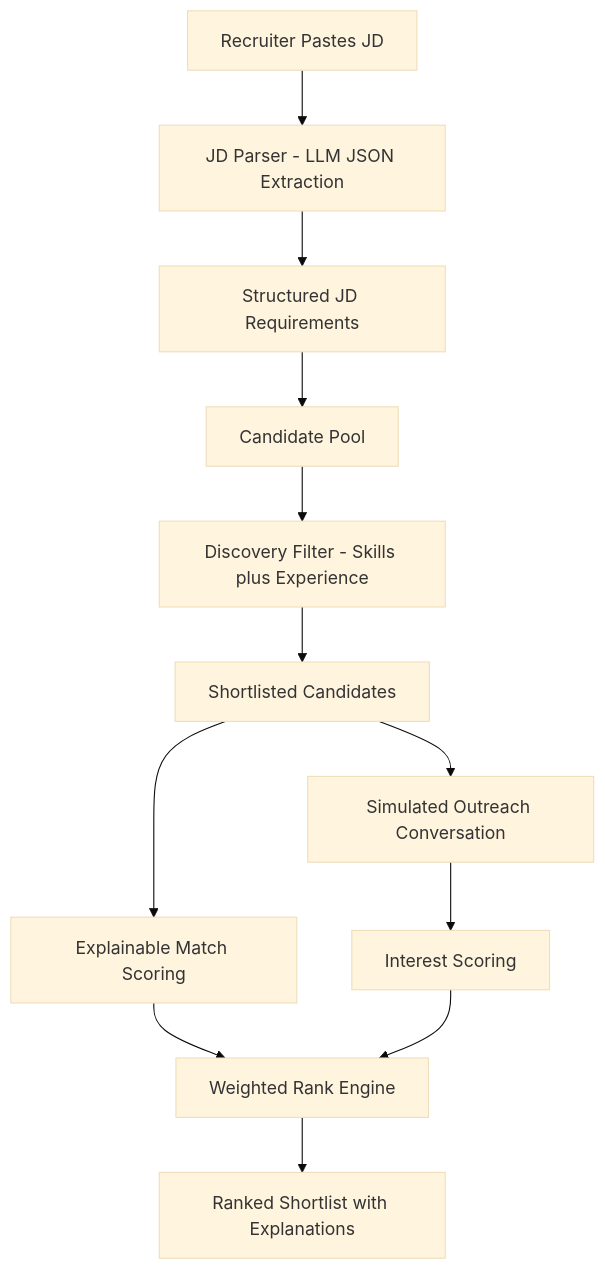
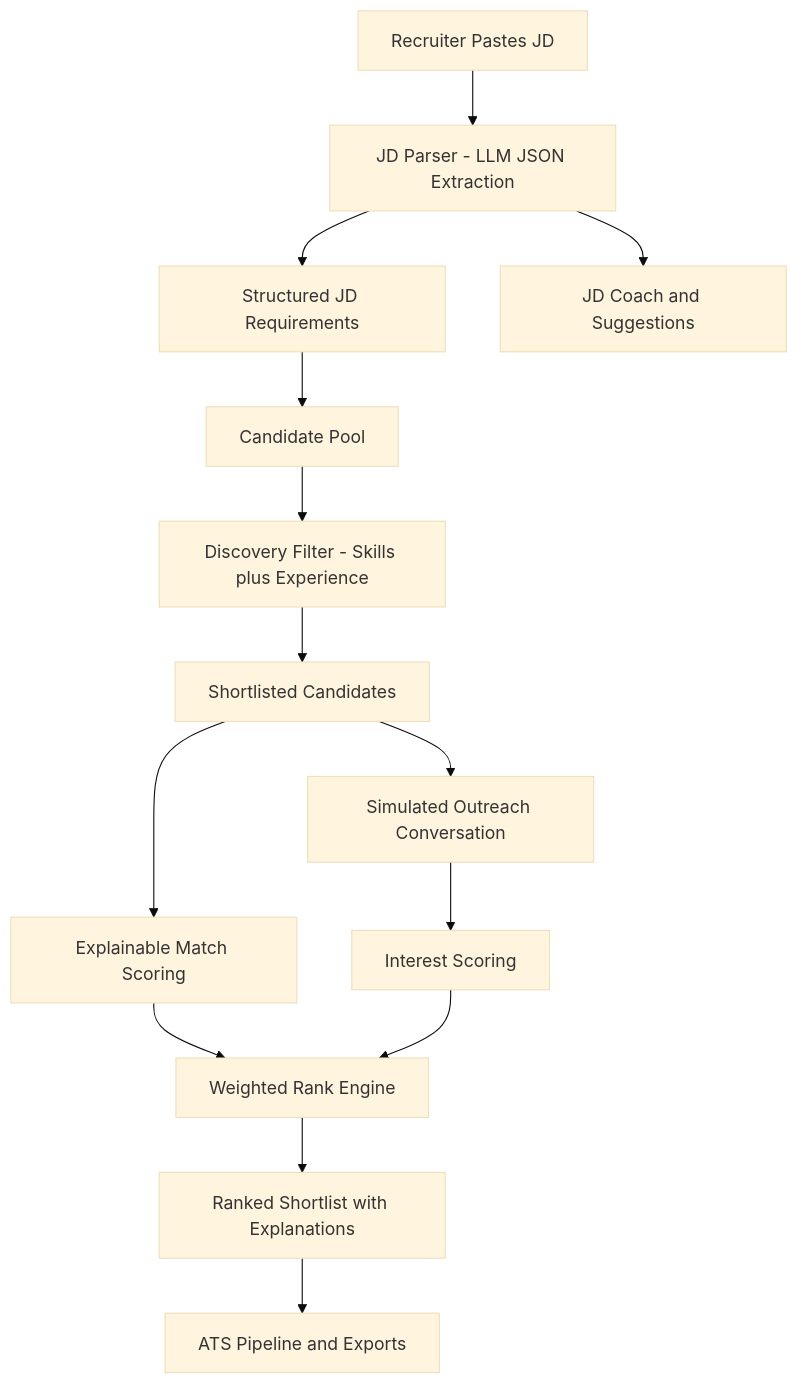
One commit to nikithchowdaryachanta/ai-talent-scout changed the diagram in README.md. Above: the diagram before and after it, drawn with Mermaid (base theme). The commit also changed other lines of this file and 2 other files, not shown here.

Commit message:
production ATS: resume PDF, explainability charts, pipeline, analytics, JD coach, exports, UI

````diff
--- a/README.md
+++ b/README.md
@@ -42,14 +49,16 @@
 ```mermaid
 flowchart TD
     A[Recruiter Pastes JD] --> B[JD Parser - LLM JSON Extraction]
     B --> C[Structured JD Requirements]
     C --> D[Candidate Pool]
     D --> E[Discovery Filter - Skills plus Experience]
     E --> F[Shortlisted Candidates]
     F --> G[Explainable Match Scoring]
     F --> H[Simulated Outreach Conversation]
     H --> I[Interest Scoring]
     G --> J[Weighted Rank Engine]
     I --> J
     J --> K[Ranked Shortlist with Explanations]
+    K --> L[ATS Pipeline and Exports]
+    B --> M[JD Coach and Suggestions]
 ```
````
